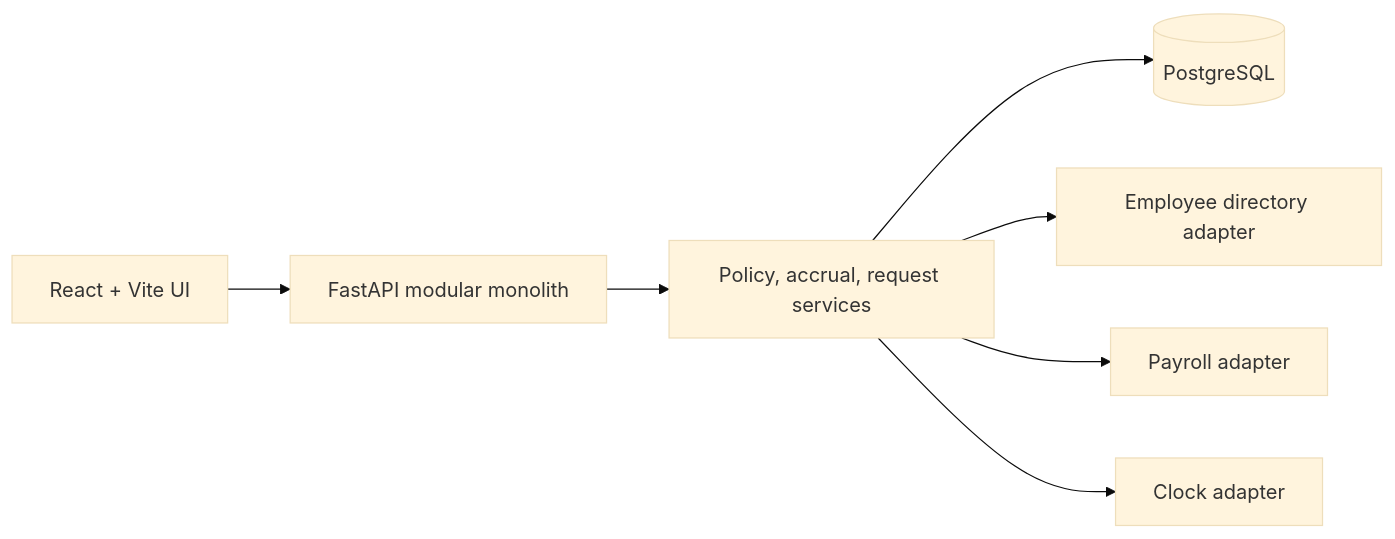
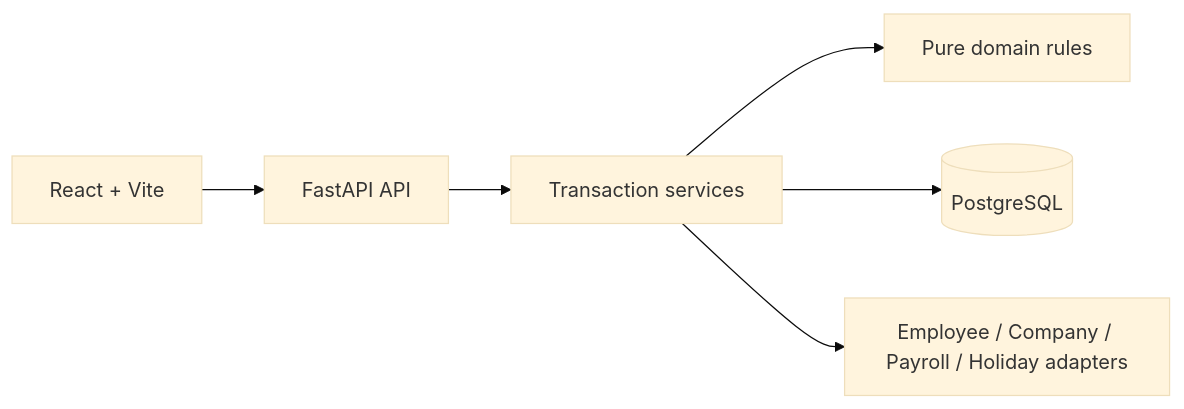
The diagram in README.md (advaith334/warp-time-off-tracking), drawn with Mermaid (base theme) before and after one commit. The commit also changed other lines of this file and 8 other files, not shown here.

````diff
--- a/README.md
+++ b/README.md
@@ -59,9 +21,8 @@
 ```mermaid
 flowchart LR
-    Browser[React + Vite UI] --> API[FastAPI modular monolith]
-    API --> Domain[Policy, accrual, request services]
-    Domain --> DB[(PostgreSQL)]
-    Domain --> Directory[Employee directory adapter]
-    Domain --> Payroll[Payroll adapter]
-    Domain --> Clock[Clock adapter]
+    Browser[React + Vite] --> API[FastAPI API]
+    API --> Services[Transaction services]
+    Services --> Domain[Pure domain rules]
+    Services --> DB[(PostgreSQL)]
+    Services --> Adapters[Employee / Company / Payroll / Holiday adapters]
 ```
````
